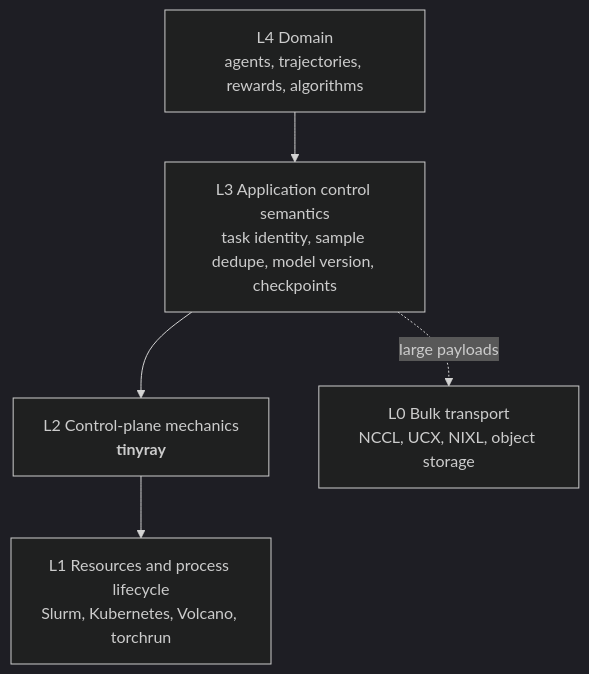
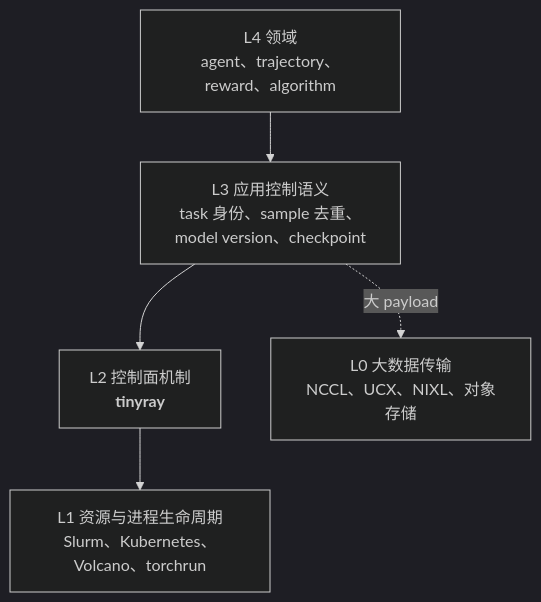
The diagram in docs/01-overview/02-positioning.md (HSPK/tinyray), drawn with Mermaid (dark theme) before and after one commit. The commit also changed other lines of this file and 33 other files, not shown here.

````diff
--- a/docs/01-overview/02-positioning.md
+++ b/docs/01-overview/02-positioning.md
@@ -17,13 +16,13 @@
 ```mermaid
 flowchart TB
-    L4["L4 Domain<br/>agents, trajectories, rewards, algorithms"]
-    L3["L3 Application control semantics<br/>task identity, sample dedupe, model version, checkpoints"]
-    L2["L2 Control-plane mechanics<br/><b>tinyray</b>"]
-    L1["L1 Resources and process lifecycle<br/>Slurm, Kubernetes, Volcano, torchrun"]
-    L0["L0 Bulk transport<br/>NCCL, UCX, NIXL, object storage"]
+    L4["L4 领域<br/>agent、trajectory、reward、algorithm"]
+    L3["L3 应用控制语义<br/>task 身份、sample 去重、model version、checkpoint"]
+    L2["L2 控制面机制<br/><b>tinyray</b>"]
+    L1["L1 资源与进程生命周期<br/>Slurm、Kubernetes、Volcano、torchrun"]
+    L0["L0 大数据传输<br/>NCCL、UCX、NIXL、对象存储"]
 
     L4 --> L3
     L3 --> L2
     L2 --> L1
-    L3 -.large payloads.-> L0
+    L3 -.大 payload.-> L0
 ```
````
